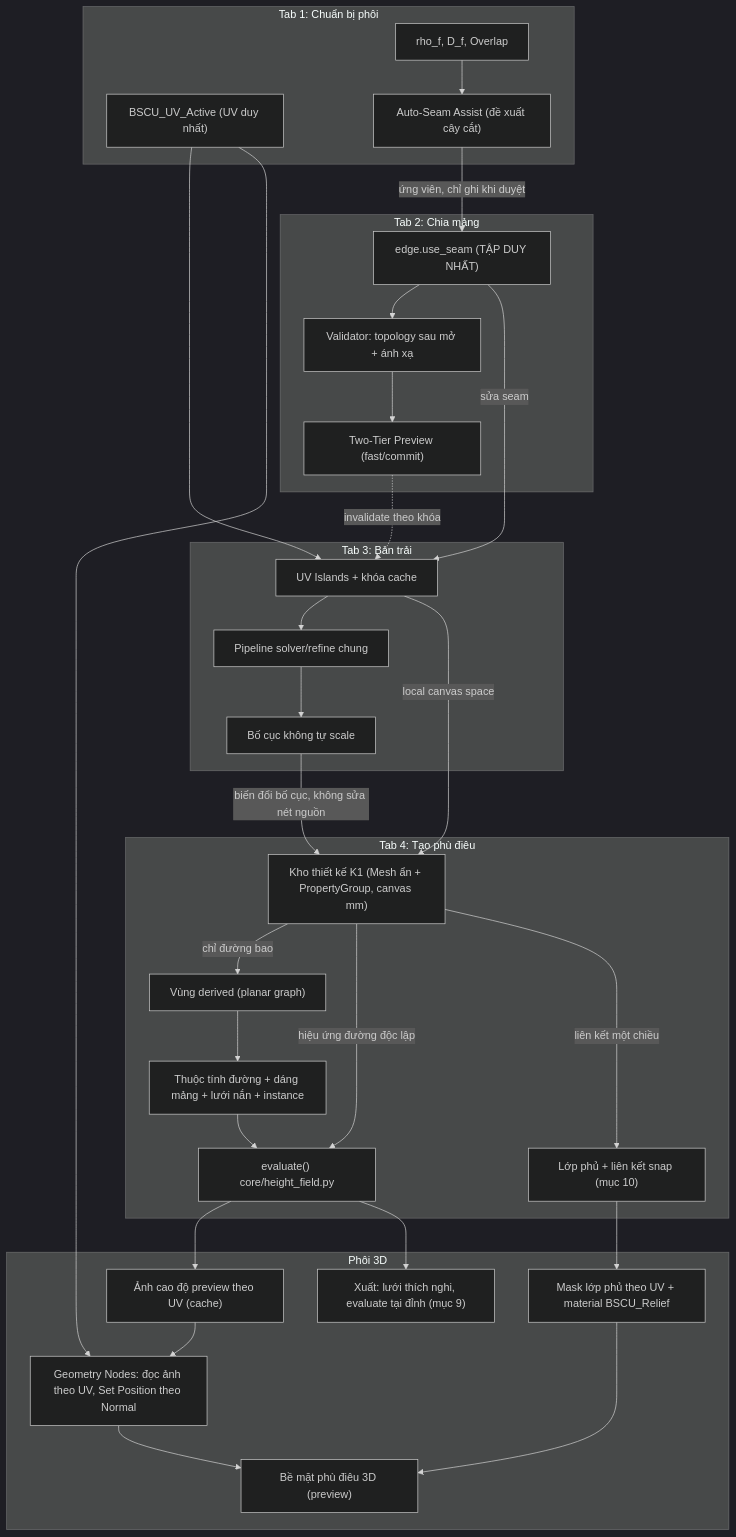
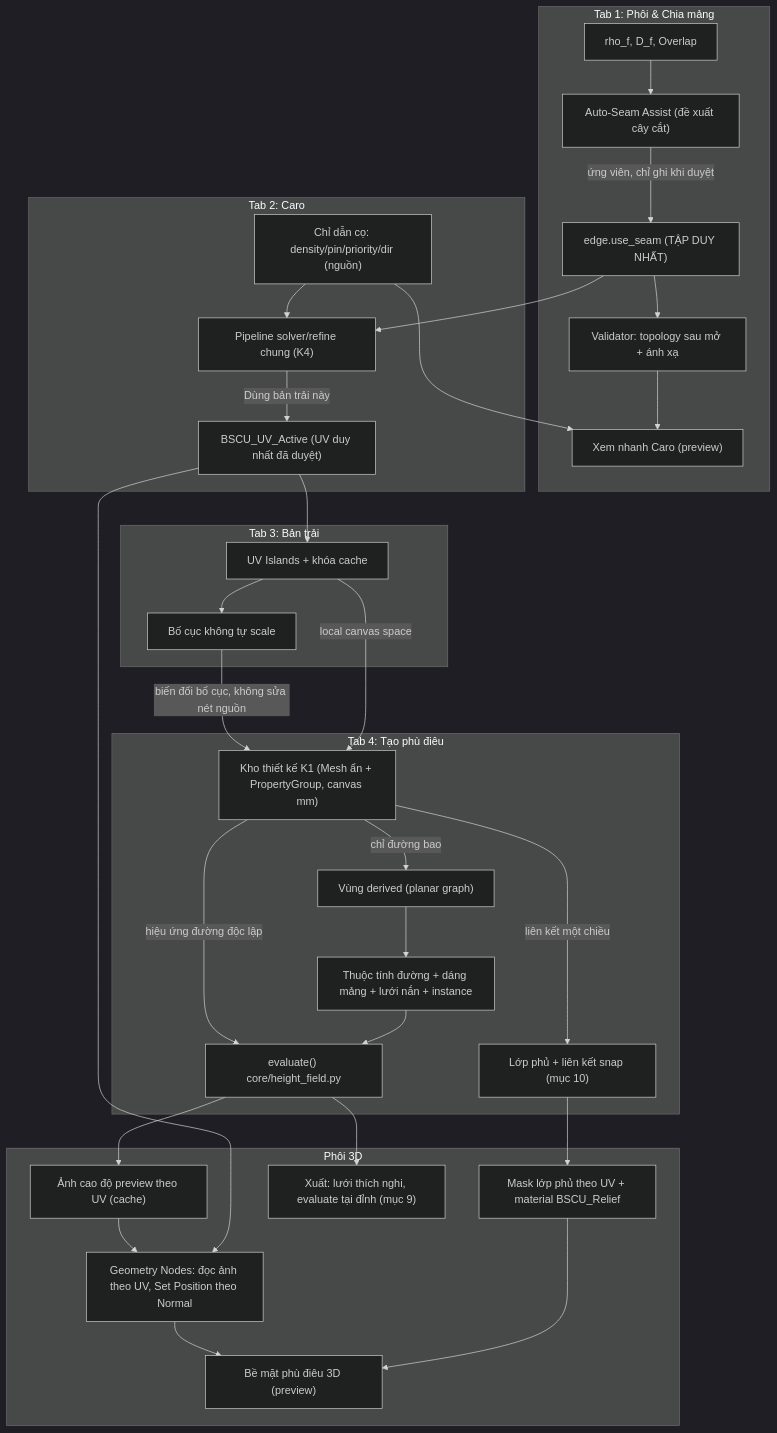
Before and after one commit to tuan138/bscu: the second of 2 diagrams in docs/concept/UIUX.md, drawn with Mermaid (dark theme). The commit also changed other lines of this file and 1 other file, not shown here.

Commit message:
docs(concept): UIUX v1.6.0 - seam len dau, tab Caro rieng voi co chi dan, solver core co trong so

````diff
--- a/docs/concept/UIUX.md
+++ b/docs/concept/UIUX.md
@@ -505,60 +560,62 @@
 ```mermaid
 graph TD
-    subgraph T1["Tab 1: Chuẩn bị phôi"]
-        UV_Active["BSCU_UV_Active (UV duy nhất)"]
+    subgraph T1["Tab 1: Phôi & Chia mảng"]
         Metrics["rho_f, D_f, Overlap"]
         AutoSeam["Auto-Seam Assist (đề xuất cây cắt)"]
+        SeamSet["edge.use_seam (TẬP DUY NHẤT)"]
+        Validator["Validator: topology sau mở + ánh xạ"]
+        Preview["Xem nhanh Caro (preview)"]
     end
 
-    subgraph T2["Tab 2: Chia mảng"]
-        SeamSet["edge.use_seam (TẬP DUY NHẤT)"]
-        Validator["Validator: topology sau mở + ánh xạ"]
-        Preview["Two-Tier Preview (fast/commit)"]
+    subgraph T2["Tab 2: Caro"]
+        Hints["Chỉ dẫn cọ: density/pin/priority/dir (nguồn)"]
+        Hybrid["Pipeline solver/refine chung (K4)"]
+        UV_Active["BSCU_UV_Active (UV duy nhất đã duyệt)"]
     end
 
     subgraph T3["Tab 3: Bản trải"]
         Islands["UV Islands + khóa cache"]
-        Hybrid["Pipeline solver/refine chung"]
         Packing["Bố cục không tự scale"]
     end
 
     subgraph T4["Tab 4: Tạo phù điêu"]
         Store["Kho thiết kế K1 (Mesh ẩn + PropertyGroup, canvas mm)"]
         Regions["Vùng derived (planar graph)"]
         DualSplines["Thuộc tính đường + dáng mảng + lưới nắn + instance"]
         Evaluate["evaluate() core/height_field.py"]
         Overlay["Lớp phủ + liên kết snap (mục 10)"]
     end
 
     subgraph MESH["Phôi 3D"]
         PreviewImg["Ảnh cao độ preview theo UV (cache)"]
         GN["Geometry Nodes: đọc ảnh theo UV, Set Position theo Normal"]
         Relief["Bề mặt phù điêu 3D (preview)"]
         Masks["Mask lớp phủ theo UV + material BSCU_Relief"]
         Export["Xuất: lưới thích nghi, evaluate tại đỉnh (mục 9)"]
     end
 
     Metrics --> AutoSeam
     AutoSeam -->|ứng viên, chỉ ghi khi duyệt| SeamSet
     SeamSet --> Validator
     Validator --> Preview
-    Preview -.->|invalidate theo khóa| Islands
+    Hints --> Preview
+    SeamSet --> Hybrid
+    Hints --> Hybrid
+    Hybrid -->|Dùng bản trải này| UV_Active
     UV_Active --> Islands
-    Islands --> Hybrid
-    Hybrid --> Packing
+    Islands --> Packing
     Packing -->|biến đổi bố cục, không sửa nét nguồn| Store
     Store -->|chỉ đường bao| Regions
     Regions --> DualSplines
     Store -->|hiệu ứng đường độc lập| Evaluate
     DualSplines --> Evaluate
     Evaluate --> PreviewImg
     PreviewImg --> GN
     UV_Active --> GN
     GN --> Relief
     Store -->|liên kết một chiều| Overlay
     Overlay --> Masks
     Masks --> Relief
     Evaluate --> Export
-    SeamSet -->|sửa seam| Islands
     Islands -->|local canvas space| Store
 ```
````
